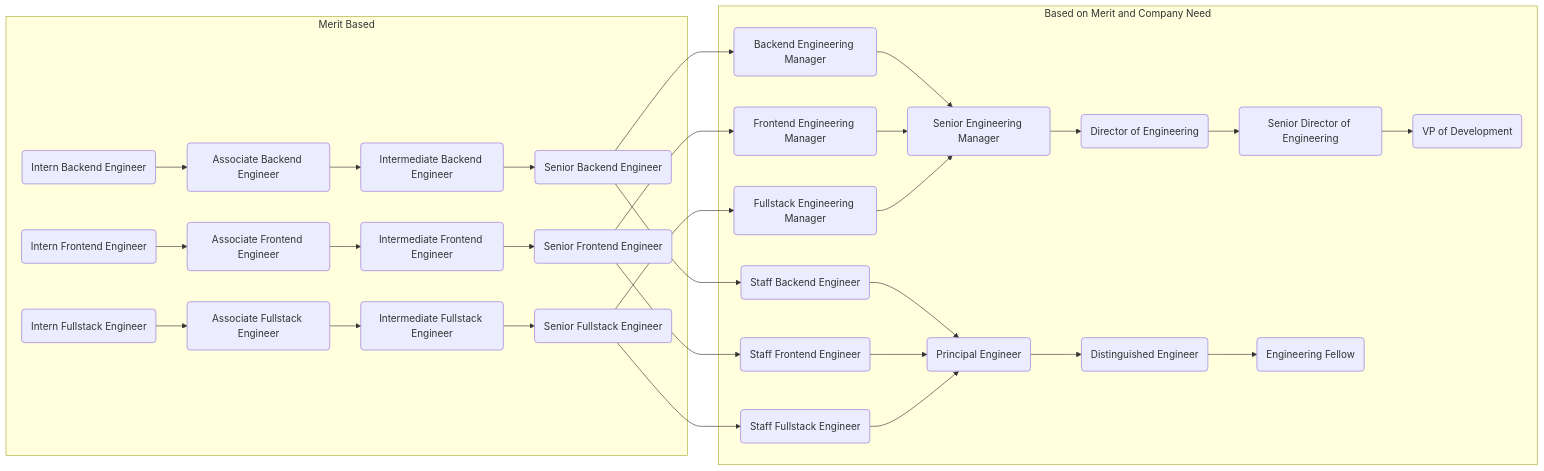
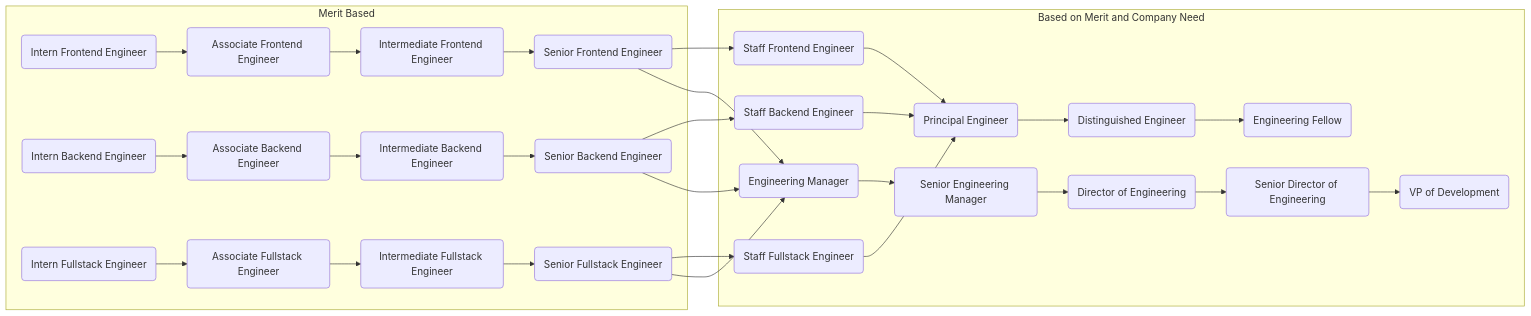
Before and after one commit to secretstartups/handbook: the first of 5 diagrams in career-development/index.html.md, drawn with Mermaid.

Commit message:
Engineering Manager career development chart

````diff
--- a/career-development/index.html.md
+++ b/career-development/index.html.md
@@ -171,9 +171,6 @@
   eng:stfe(Staff Frontend Engineer);
   click eng:stfe "https://handbook.gitlab.com/job-families/engineering/development/frontend/#staff-frontend-engineer";
 
-  eng:fem(Frontend Engineering Manager);
-  click eng:fem "https://handbook.gitlab.com/job-families/engineering/development/frontend/manager/";
-
   %% backend roles
   eng:tbe(Intern Backend Engineer);
   click eng:tbe "https://handbook.gitlab.com/job-families/engineering/development/backend/#intern-backend-engineer";
@@ -189,9 +186,6 @@
 
   eng:stbe(Staff Backend Engineer);
   click eng:stbe "https://handbook.gitlab.com/job-families/engineering/development/backend/#staff-backend-engineer";
-
-  eng:bem(Backend Engineering Manager);
-  click eng:bem "https://handbook.gitlab.com/job-families/engineering/development/backend/manager/";
 
   %% fullstack roles
   eng:tfs(Intern Fullstack Engineer);
@@ -209,9 +203,9 @@
   eng:stfs(Staff Fullstack Engineer);
   click eng:stfs "https://handbook.gitlab.com/job-families/engineering/development/fullstack/#staff-fullstack-engineer";
 
-  eng:fsm(Fullstack Engineering Manager);
-  click eng:fsm "https://handbook.gitlab.com/job-families/engineering/development/management/fullstack-manager/";
-
+  %% Engineering Manager
+  eng:em(Engineering Manager);
+  click eng:em "https://handbook.gitlab.com/job-families/engineering/development/management/engineering-manager/";
 
   %% engineering leadership
   eng:sme(Senior Engineering Manager);
@@ -237,16 +231,16 @@
 
   %% career progression
   subgraph Based on Merit and Company Need
-  eng:stfe & eng:fem
-  eng:stbe & eng:bem
-  eng:stfs & eng:fsm;
+  eng:stfe & eng:em
+  eng:stbe & eng:em
+  eng:stfs & eng:em;
 
-  eng:bem & eng:fem & eng:fsm-->eng:sme-->eng:dir-->eng:sde-->eng:vpd;
+  eng:em-->eng:sme-->eng:dir-->eng:sde-->eng:vpd;
   eng:stbe & eng:stfe & eng:stfs-->eng:pre-->eng:dis-->eng:fel;
   end
   subgraph Merit Based
-  eng:tfe-->eng:afe-->eng:ife-->eng:sfe-->eng:stfe & eng:fem
-  eng:tbe-->eng:abe-->eng:ibe-->eng:sbe-->eng:stbe & eng:bem;
-  eng:tfs-->eng:afs-->eng:ifs-->eng:sfs-->eng:stfs & eng:fsm;
+  eng:tfe-->eng:afe-->eng:ife-->eng:sfe-->eng:stfe & eng:em
+  eng:tbe-->eng:abe-->eng:ibe-->eng:sbe-->eng:stbe & eng:em;
+  eng:tfs-->eng:afs-->eng:ifs-->eng:sfs-->eng:stfs & eng:em;
   end
 ```
````
